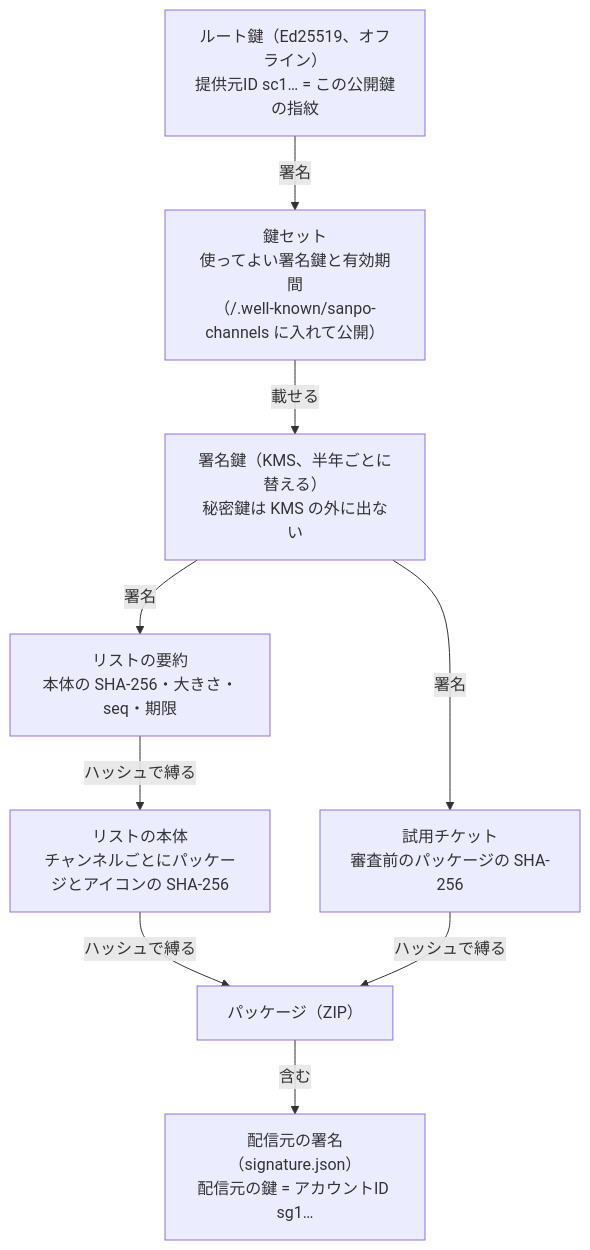
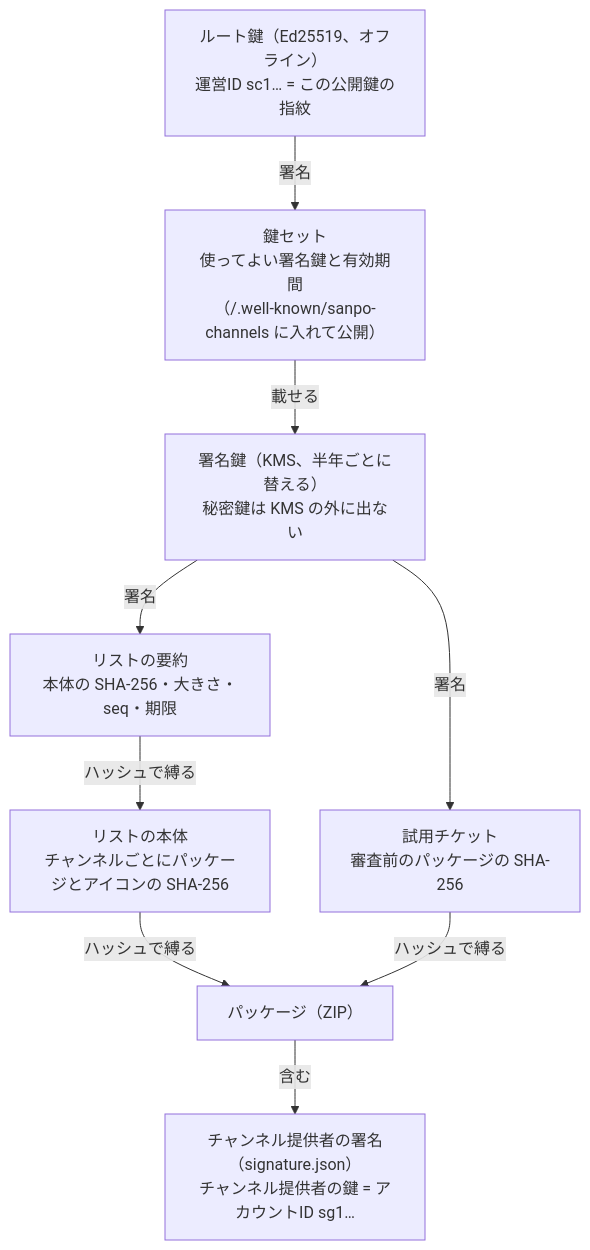
Before and after one commit to duwenji/michizure-console: the third of 7 diagrams in docs/architecture.md, drawn with Mermaid. The commit also changed other lines of this file and 42 other files, not shown here.

````diff
--- a/docs/architecture.md
+++ b/docs/architecture.md
@@ -114,16 +114,16 @@
 ```mermaid
 flowchart TB
-  R["ルート鍵（Ed25519、オフライン）<br/>提供元ID sc1… = この公開鍵の指紋"]
+  R["ルート鍵（Ed25519、オフライン）<br/>運営ID sc1… = この公開鍵の指紋"]
   KS["鍵セット<br/>使ってよい署名鍵と有効期間<br/>（/.well-known/sanpo-channels に入れて公開）"]
   SK["署名鍵（KMS、半年ごとに替える）<br/>秘密鍵は KMS の外に出ない"]
   DG["リストの要約<br/>本体の SHA-256・大きさ・seq・期限"]
   L["リストの本体<br/>チャンネルごとにパッケージとアイコンの SHA-256"]
   P["パッケージ（ZIP）"]
-  PS["配信元の署名（signature.json）<br/>配信元の鍵 = アカウントID sg1…"]
+  PS["チャンネル提供者の署名（signature.json）<br/>チャンネル提供者の鍵 = アカウントID sg1…"]
   T["試用チケット<br/>審査前のパッケージの SHA-256"]
 
   R -->|署名| KS -->|載せる| SK
   SK -->|署名| DG -->|ハッシュで縛る| L -->|ハッシュで縛る| P
   P -->|含む| PS
   SK -->|署名| T -->|ハッシュで縛る| P
 ```
````
